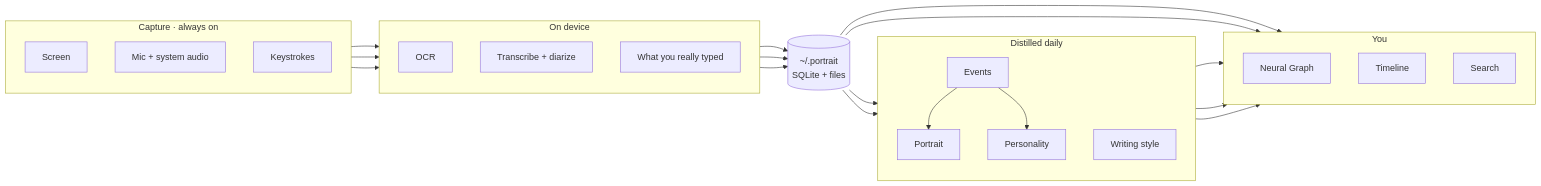
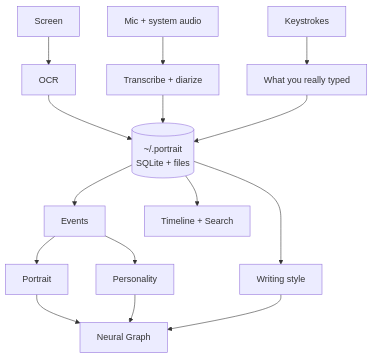
Before and after one commit to joyzhang14-14/My-Portrait: the diagram in README.md, drawn with Mermaid.

Commit message:
docs(readme): 流程图改竖排,mmdc 渲染验证通过

````diff
--- a/README.md
+++ b/README.md
@@ -19,48 +19,20 @@
 ```mermaid
-flowchart LR
-  subgraph CAP["Capture · always on"]
-    direction TB
-    A1["Screen"]
-    A2["Mic + system audio"]
-    A3["Keystrokes"]
-  end
+flowchart TB
+  A1["Screen"] --> B1["OCR"]
+  A2["Mic + system audio"] --> B2["Transcribe + diarize"]
+  A3["Keystrokes"] --> B3["What you really typed"]
 
-  subgraph PRE["On device"]
-    direction TB
-    B1["OCR"]
-    B2["Transcribe + diarize"]
-    B3["What you really typed"]
-  end
+  B1 --> DB[("~/.portrait<br/>SQLite + files")]
+  B2 --> DB
+  B3 --> DB
 
-  DB[("~/.portrait<br/>SQLite + files")]
+  DB --> E["Events"]
+  E --> P["Portrait"]
+  E --> PS["Personality"]
+  DB --> WS["Writing style"]
 
-  subgraph DIST["Distilled daily"]
-    direction TB
-    C1["Events"]
-    C2["Portrait"]
-    C3["Personality"]
-    C4["Writing style"]
-  end
-
-  subgraph OUT["You"]
-    direction TB
-    D1["Neural Graph"]
-    D2["Timeline"]
-    D3["Search"]
-  end
-
-  A1 --> B1 --> DB
-  A2 --> B2 --> DB
-  A3 --> B3 --> DB
-
-  DB --> C1
-  C1 --> C2
-  C1 --> C3
-  DB --> C4
-
-  C2 --> D1
-  C3 --> D1
-  C4 --> D1
-  DB --> D2
-  DB --> D3
+  P --> G["Neural Graph"]
+  PS --> G
+  WS --> G
+  DB --> TL["Timeline + Search"]
 ```
````
